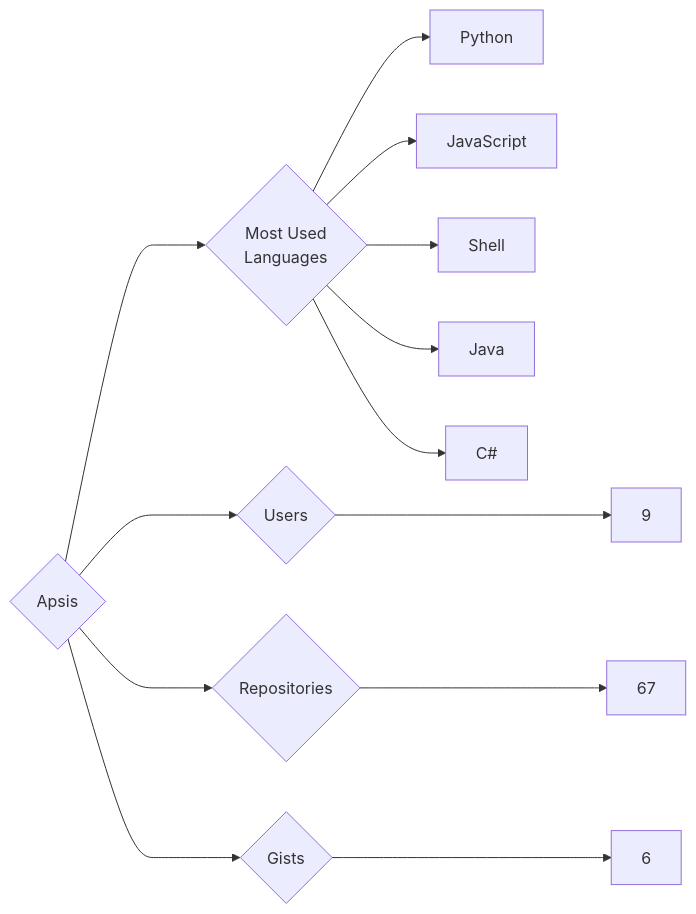
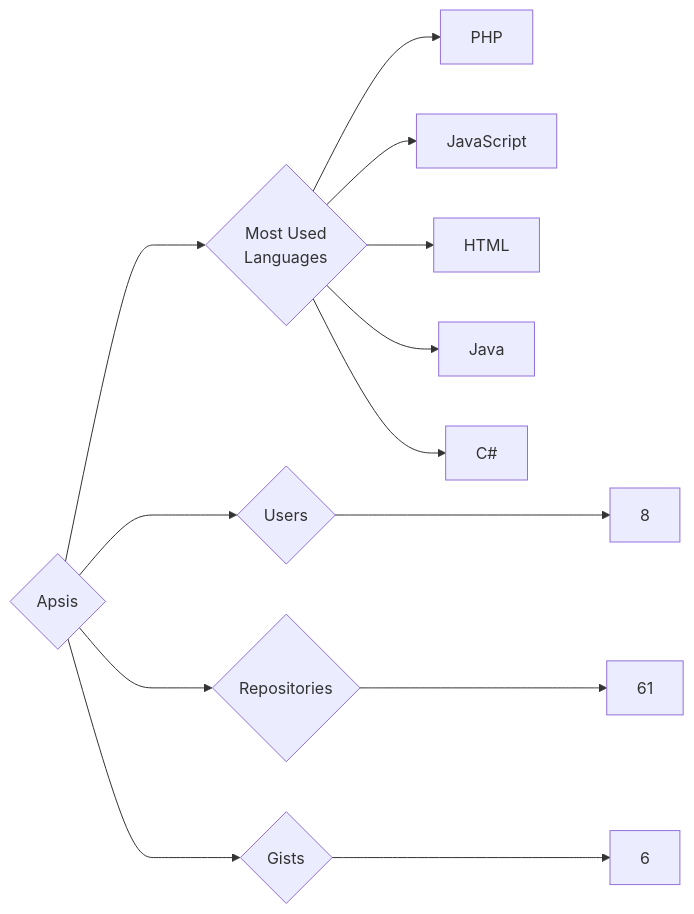
Before and after one commit to trickest/insiders: the diagram in targets/Apsis/README.md, drawn with Mermaid. The commit also changed 618 other files, not shown here.

````diff
--- a/targets/Apsis/README.md
+++ b/targets/Apsis/README.md
@@ -3,13 +3,13 @@
 ```mermaid
 graph LR
 COMPANY_NAME{Apsis}
-COMPANY_NAME ---> U{Users} ---> UN[9]
-COMPANY_NAME ---> R{Repositories} ---> RN[67]
+COMPANY_NAME ---> U{Users} ---> UN[8]
+COMPANY_NAME ---> R{Repositories} ---> RN[61]
 COMPANY_NAME ---> G{Gists} ---> GN[6]
 COMPANY_NAME ---> ML{Most Used<br>Languages}
-ML --> Python[Python]
+ML --> PHP[PHP]
 ML --> JavaScript[JavaScript]
-ML --> Shell[Shell]
+ML --> HTML[HTML]
 ML --> Java[Java]
 ML --> C#[C#]
 ```
````
